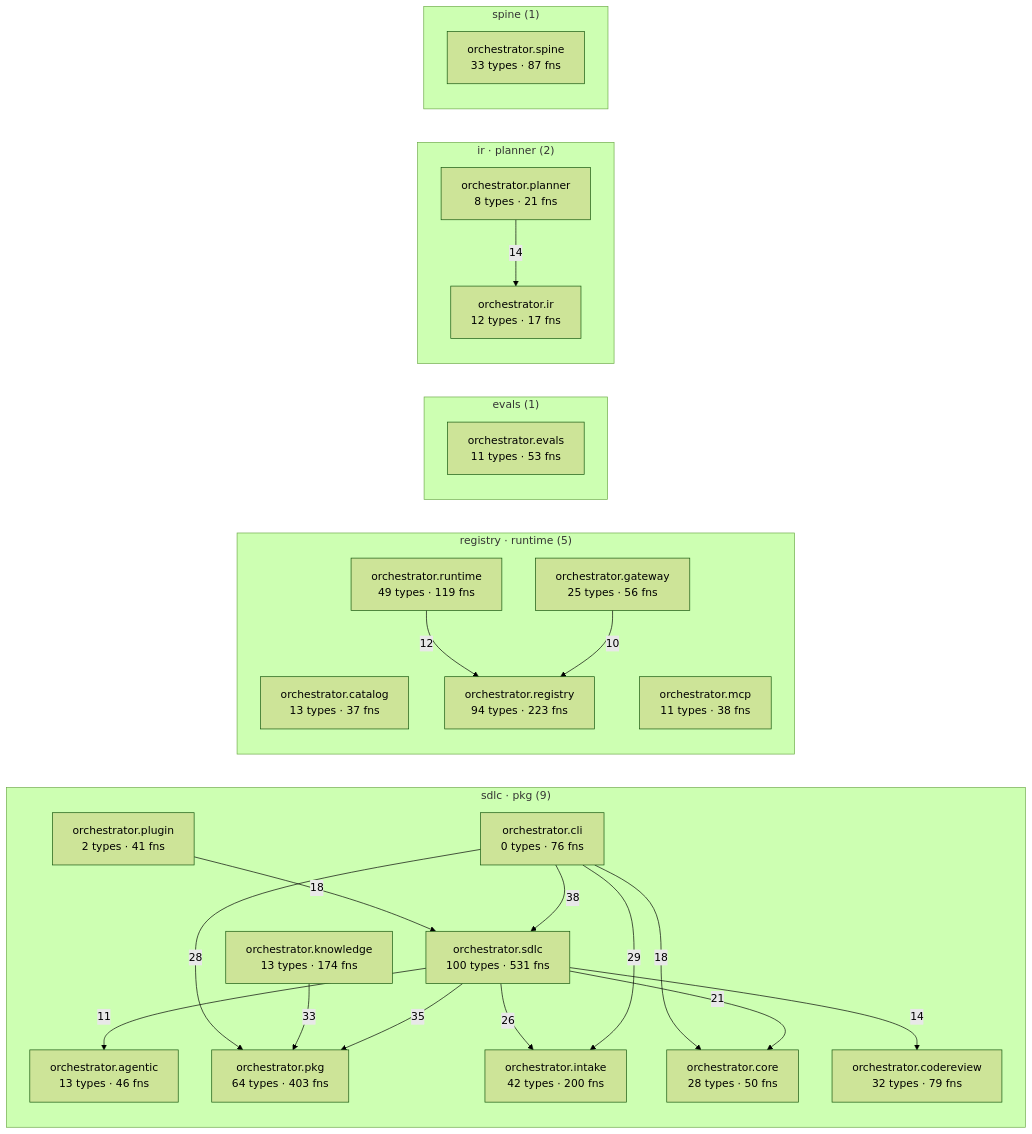
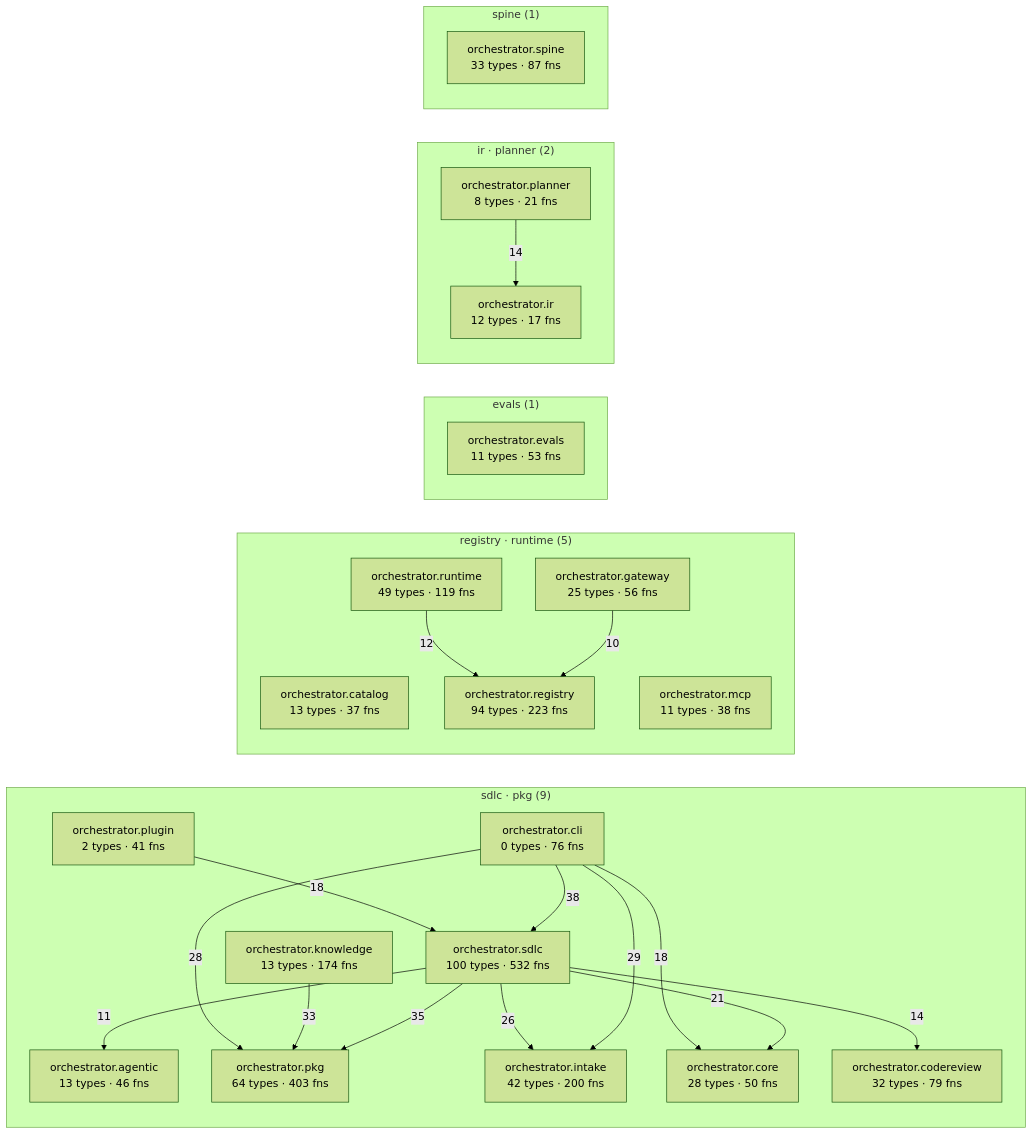
The diagram in episteme/architecture.md (synaptixs/spine), drawn with Mermaid (forest theme) before and after one commit. The commit also changed other lines of this file and 13 other files, not shown here.

````diff
--- a/episteme/architecture.md
+++ b/episteme/architecture.md
@@ -54,45 +54,45 @@
 ```mermaid
 flowchart LR
   subgraph c_1["sdlc · pkg (9)"]
     aorchestratoragentic["orchestrator.agentic<br/>13 types · 46 fns"]
     aorchestratorcli["orchestrator.cli<br/>0 types · 76 fns"]
     aorchestratorcodereview["orchestrator.codereview<br/>32 types · 79 fns"]
     aorchestratorcore["orchestrator.core<br/>28 types · 50 fns"]
     aorchestratorintake["orchestrator.intake<br/>42 types · 200 fns"]
     aorchestratorknowledge["orchestrator.knowledge<br/>13 types · 174 fns"]
     aorchestratorpkg["orchestrator.pkg<br/>64 types · 403 fns"]
     aorchestratorplugin["orchestrator.plugin<br/>2 types · 41 fns"]
-    aorchestratorsdlc["orchestrator.sdlc<br/>100 types · 531 fns"]
+    aorchestratorsdlc["orchestrator.sdlc<br/>100 types · 532 fns"]
   end
   subgraph c_3["registry · runtime (5)"]
     aorchestratorcatalog["orchestrator.catalog<br/>13 types · 37 fns"]
     aorchestratorgateway["orchestrator.gateway<br/>25 types · 56 fns"]
     aorchestratormcp["orchestrator.mcp<br/>11 types · 38 fns"]
     aorchestratorregistry["orchestrator.registry<br/>94 types · 223 fns"]
     aorchestratorruntime["orchestrator.runtime<br/>49 types · 119 fns"]
   end
   subgraph c_5["evals (1)"]
     aorchestratorevals["orchestrator.evals<br/>11 types · 53 fns"]
   end
   subgraph c_7["ir · planner (2)"]
     aorchestratorir["orchestrator.ir<br/>12 types · 17 fns"]
     aorchestratorplanner["orchestrator.planner<br/>8 types · 21 fns"]
   end
   subgraph c_10["spine (1)"]
     aorchestratorspine["orchestrator.spine<br/>33 types · 87 fns"]
   end
   aorchestratorcli -->|38| aorchestratorsdlc
   aorchestratorsdlc -->|35| aorchestratorpkg
   aorchestratorknowledge -->|33| aorchestratorpkg
   aorchestratorcli -->|29| aorchestratorintake
   aorchestratorcli -->|28| aorchestratorpkg
   aorchestratorsdlc -->|26| aorchestratorintake
   aorchestratorsdlc -->|21| aorchestratorcore
   aorchestratorcli -->|18| aorchestratorcore
   aorchestratorplugin -->|18| aorchestratorsdlc
   aorchestratorplanner -->|14| aorchestratorir
   aorchestratorsdlc -->|14| aorchestratorcodereview
   aorchestratorruntime -->|12| aorchestratorregistry
   aorchestratorsdlc -->|11| aorchestratoragentic
   aorchestratorgateway -->|10| aorchestratorregistry
 ```
````
